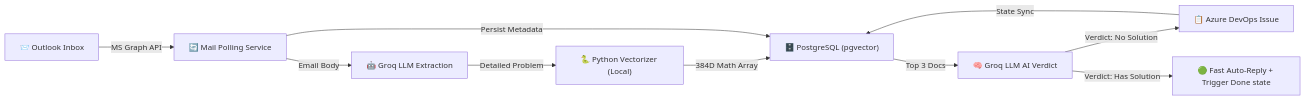
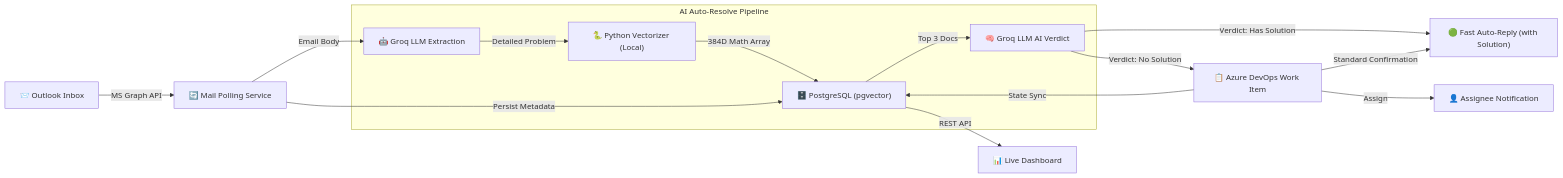
The diagram in README.md (yessine18/Outlook-TFS-automation), drawn with Mermaid before and after one commit. The commit also changed other lines of this file, not shown here.

Commit message:
readme up to date

````diff
--- a/README.md
+++ b/README.md
@@ -19,14 +19,23 @@
 ```mermaid
 flowchart LR
     A["📨 Outlook Inbox"] -->|MS Graph API| B["🔄 Mail Polling Service"]
     B -->|Email Body| C["🤖 Groq LLM Extraction"]
-    C -->|Detailed Problem| D["🐍 Python Vectorizer (Local)"]
-    D -->|384D Math Array| E["🗄️ PostgreSQL (pgvector)"]
-    E -->|Top 3 Docs| F["🧠 Groq LLM AI Verdict"]
     
-    F -->|Verdict: No Solution| G["📋 Azure DevOps Issue"]
-    F -->|Verdict: Has Solution| H["🟢 Fast Auto-Reply + Trigger Done state"]
+    subgraph AI Auto-Resolve Pipeline
+        C -->|Detailed Problem| D["🐍 Python Vectorizer (Local)"]
+        D -->|384D Math Array| E["🗄️ PostgreSQL (pgvector)"]
+        E -->|Top 3 Docs| F["🧠 Groq LLM AI Verdict"]
+    end
     
+    %% RAG Outcomes
+    F -->|Verdict: Has Solution| H["🟢 Fast Auto-Reply (with Solution)"]
+    F -->|Verdict: No Solution| G["📋 Azure DevOps Work Item"]
+
+    %% Human Routing & Infrastructure
     G -->|State Sync| E
     B -->|Persist Metadata| E
+    
+    G -->|Assign| I["👤 Assignee Notification"]
+    G -->|Standard Confirmation| H
+    E -->|REST API| J["📊 Live Dashboard"]
 ```
````
